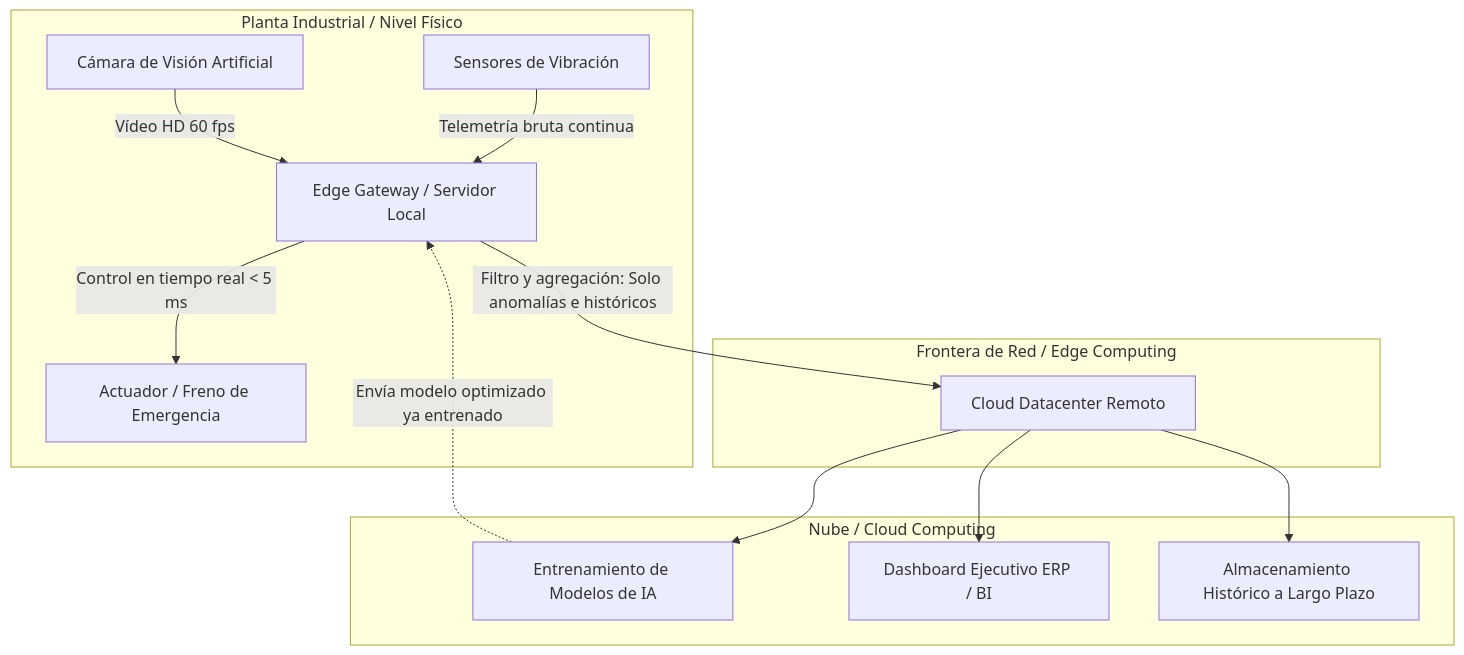
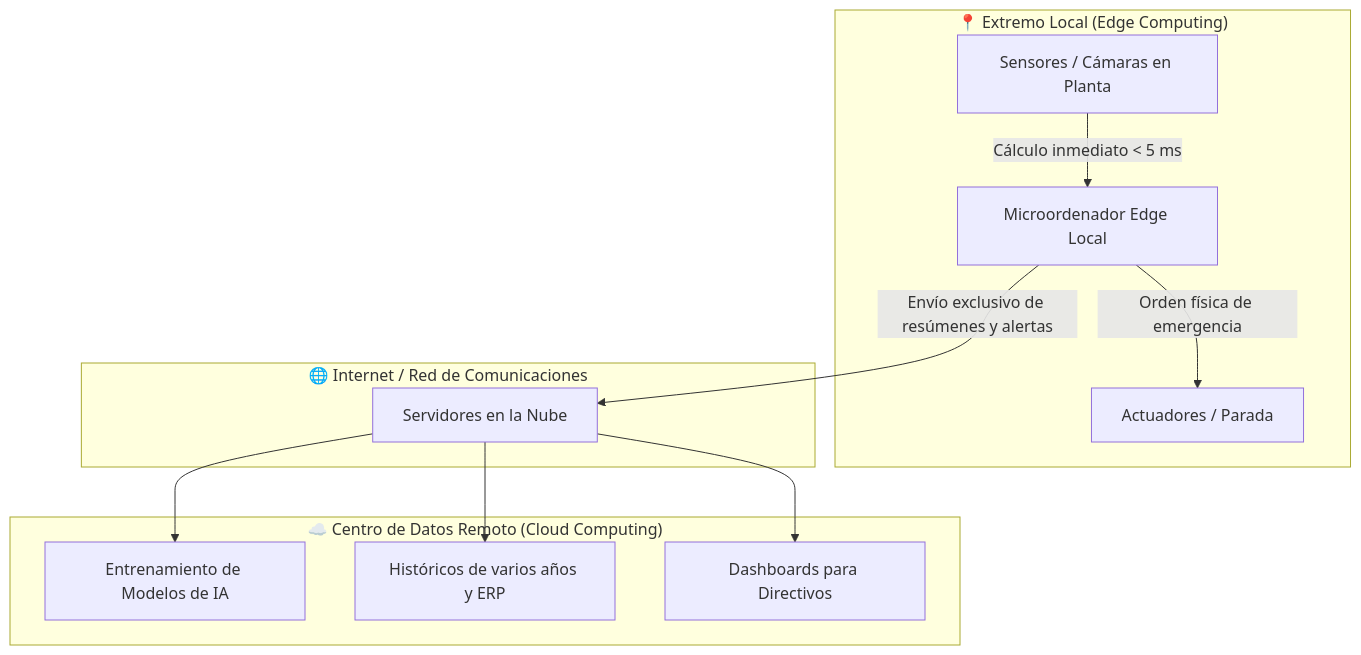
Before and after one commit to jssdocente/dasp2627d: the first of 6 diagrams in docs/temas/01-digitalizacion/04-edge-cloud-sostenibilidad.md, drawn with Mermaid. The commit also changed other lines of this file and 2 other files, not shown here.

````diff
--- a/docs/temas/01-digitalizacion/04-edge-cloud-sostenibilidad.md
+++ b/docs/temas/01-digitalizacion/04-edge-cloud-sostenibilidad.md
@@ -9,19 +16,17 @@
 ```mermaid
 flowchart TD
-    subgraph Planta Industrial / Nivel Físico
-        S1[Sensores de Vibración] -->|Telemetría bruta continua| E1[Edge Gateway / Servidor Local]
-        S2[Cámara de Visión Artificial] -->|Vídeo HD 60 fps| E1
-        E1 -->|Control en tiempo real < 5 ms| ACT[Actuador / Freno de Emergencia]
+    subgraph EdgeZone ["📍 Extremo Local (Edge Computing)"]
+        S["Sensores / Cámaras en Planta"] -->|Cálculo inmediato < 5 ms| E["Microordenador Edge Local"]
+        E -->|Orden física de emergencia| ACT["Actuadores / Parada"]
     end
 
-    subgraph Frontera de Red / Edge Computing
-        E1 -->|Filtro y agregación: Solo anomalías e históricos| CLOUD[Cloud Datacenter Remoto]
+    subgraph Red ["🌐 Internet / Red de Comunicaciones"]
+        E -->|Envío exclusivo de resúmenes y alertas| C
     end
 
-    subgraph Nube / Cloud Computing
-        CLOUD --> M1[Entrenamiento de Modelos de IA]
-        CLOUD --> M2[Dashboard Ejecutivo ERP / BI]
-        CLOUD --> M3[Almacenamiento Histórico a Largo Plazo]
-        M1 -.->|Envía modelo optimizado ya entrenado| E1
+    subgraph CloudZone ["☁️ Centro de Datos Remoto (Cloud Computing)"]
+        C["Servidores en la Nube"] --> M1["Entrenamiento de Modelos de IA"]
+        C --> M2["Históricos de varios años y ERP"]
+        C --> M3["Dashboards para Directivos"]
     end
 ```
````
